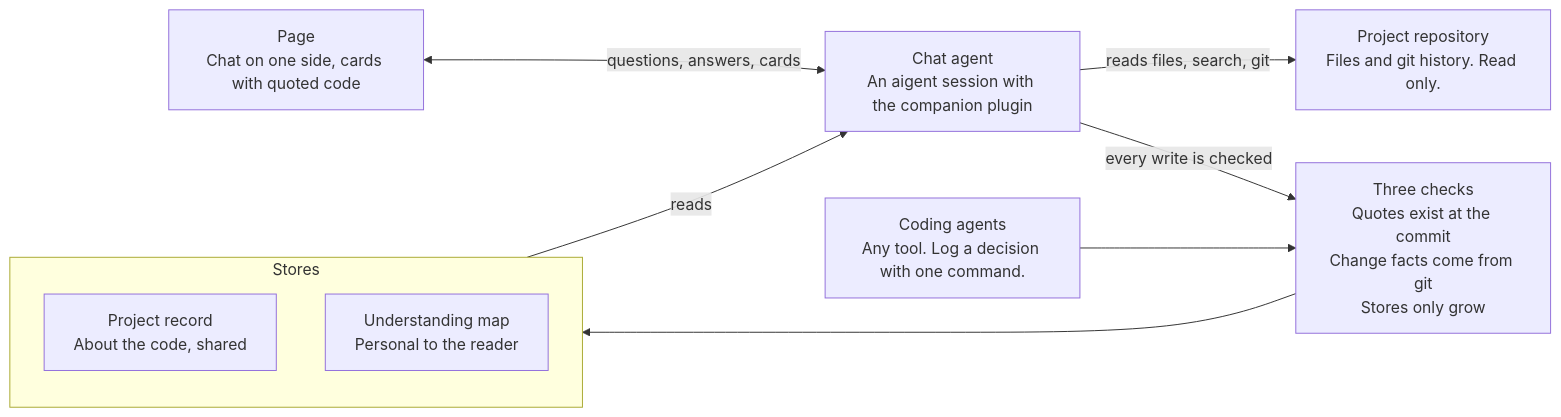
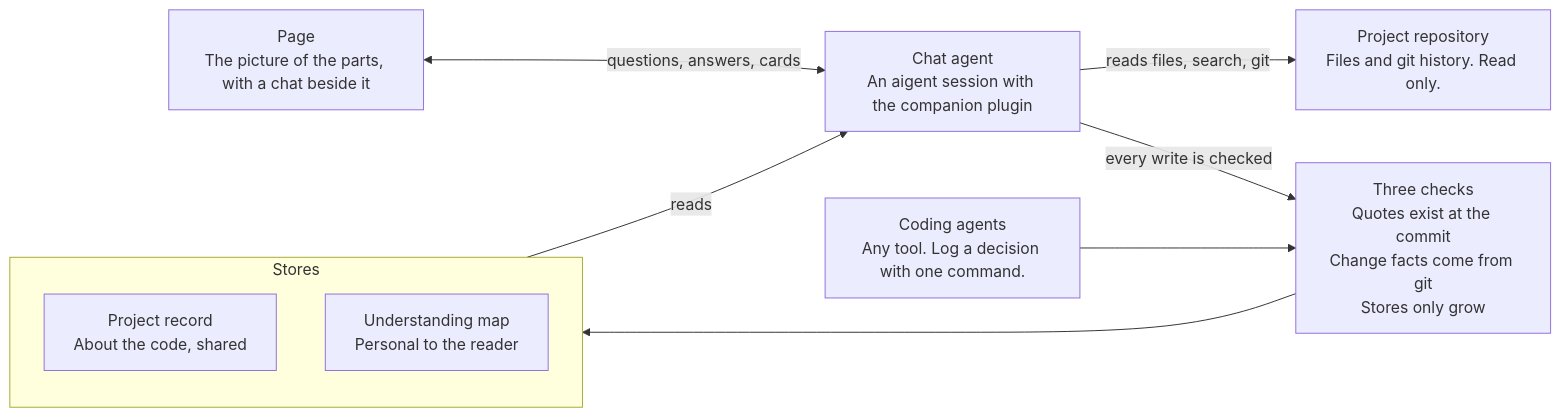
The diagram in docs/plan.md (krimvp/ken), drawn with Mermaid before and after one commit. The commit also changed other lines of this file and 2 other files, not shown here.

````diff
--- a/docs/plan.md
+++ b/docs/plan.md
@@ -214,18 +214,18 @@
 ```mermaid
 flowchart LR
-  page["Page<br/>Chat on one side, cards with quoted code"]
+  page["Page<br/>The picture of the parts, with a chat beside it"]
   agent["Chat agent<br/>An aigent session with the companion plugin"]
   repo["Project repository<br/>Files and git history. Read only."]
   coders["Coding agents<br/>Any tool. Log a decision with one command."]
   checks["Three checks<br/>Quotes exist at the commit<br/>Change facts come from git<br/>Stores only grow"]
   subgraph stores["Stores"]
     record["Project record<br/>About the code, shared"]
     map["Understanding map<br/>Personal to the reader"]
   end
   page <-->|questions, answers, cards| agent
   agent -->|reads files, search, git| repo
   agent -->|every write is checked| checks
   coders --> checks
   checks --> stores
   stores -->|reads| agent
 ```
````
